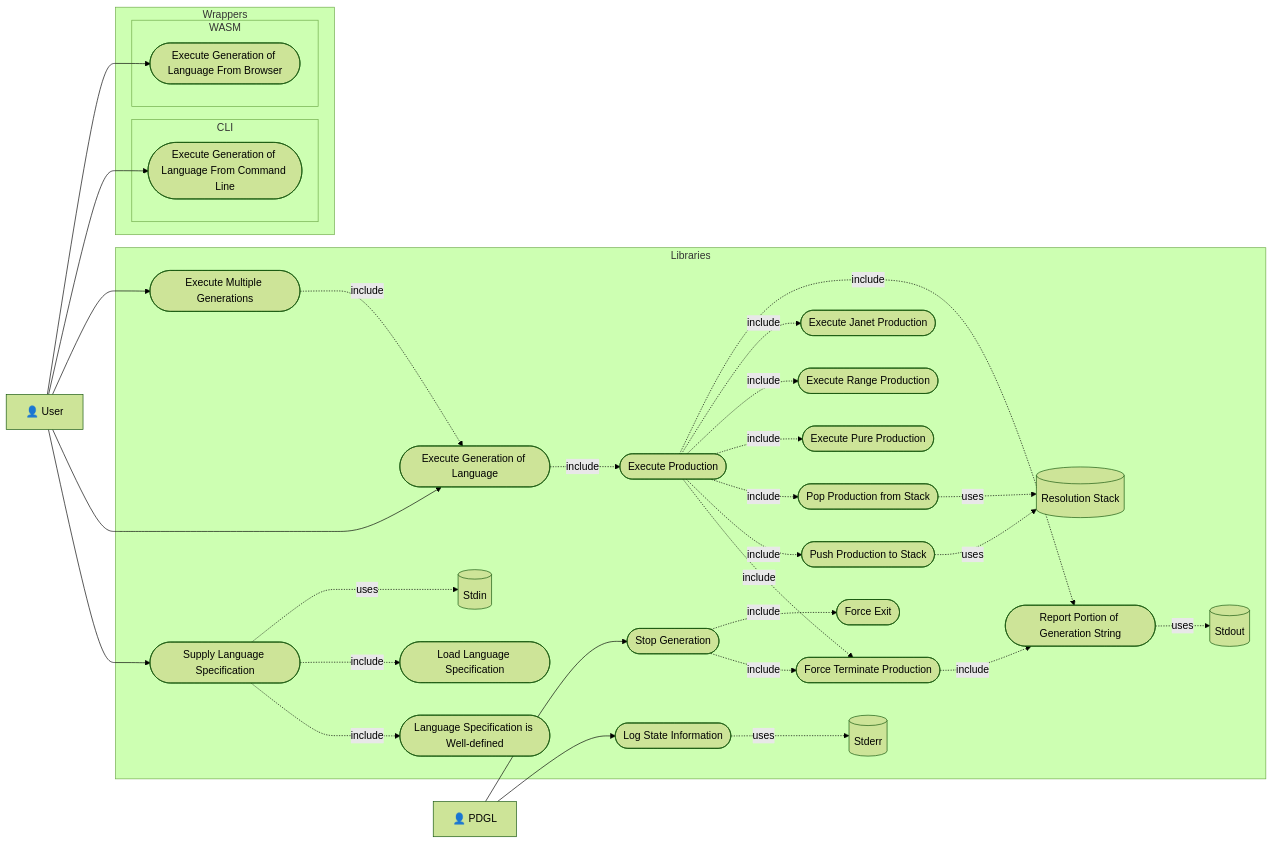
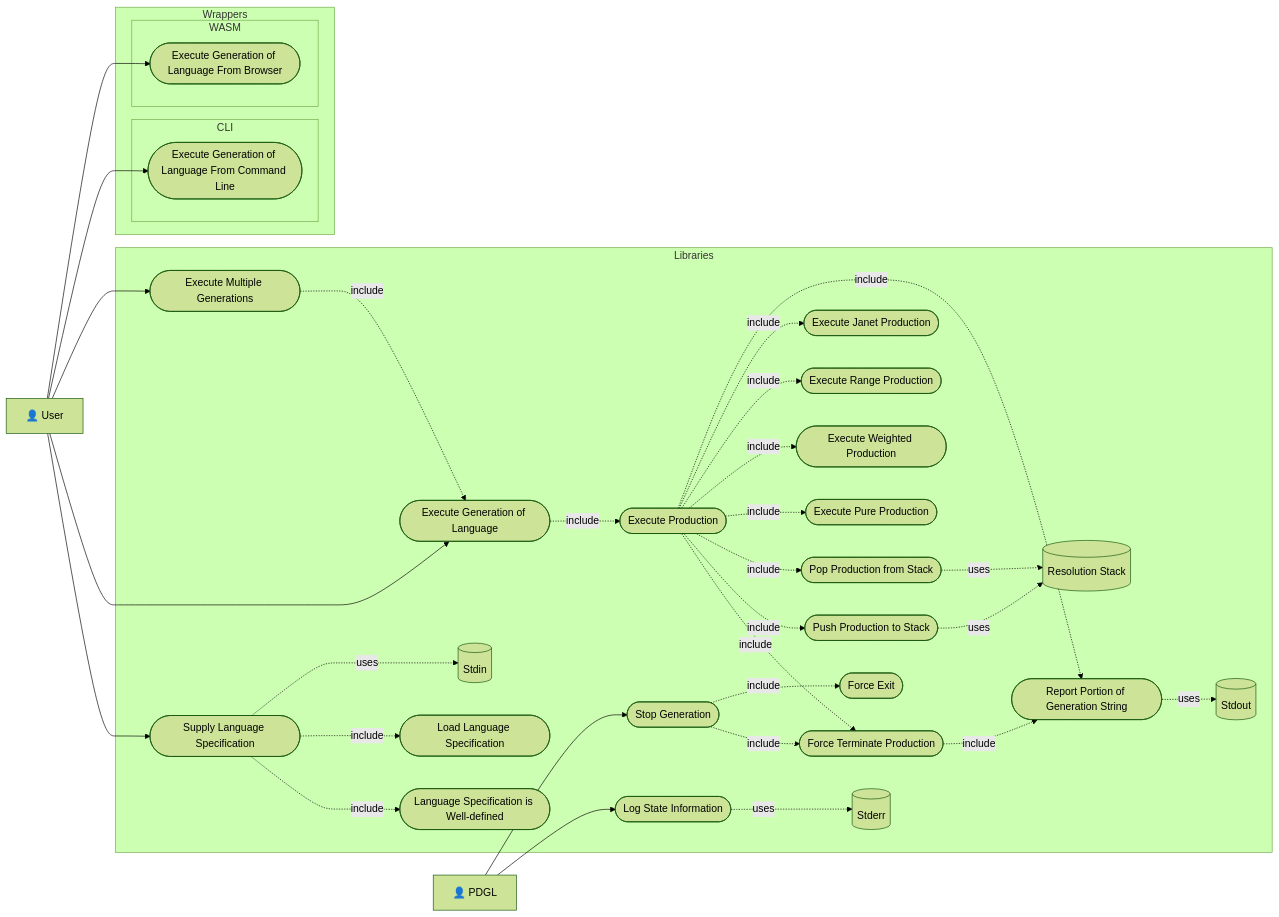
One commit to Joecstarr/pdgl changed the diagram in docs/README.md. Above: the diagram before and after it, drawn with Mermaid (forest theme). The commit also changed other lines of this file and 139 other files, not shown here.

First line of the commit message:
16 add weighted production (#25)

````diff
--- a/docs/README.md
+++ b/docs/README.md
@@ -190,71 +190,73 @@
 ```mermaid
 flowchart LR
 
     aU["👤 User"]
     aS["👤 PDGL"]
 
 subgraph wrap [Wrappers]
 subgraph cli [CLI]
     egolfcl(["Execute Generation of Language From Command Line"])
 end
 subgraph wasm [WASM]
     egolfb(["Execute Generation of Language From Browser"])
 end
 end
 
 subgraph lib [Libraries]
     SLS(["Supply Language Specification"])
     LL(["Load Language Specification"])
     LSWD(["Language Specification is Well-defined"])
     LSI(["Log State Information"])
 
     EGL(["Execute Generation of Language"])
     EMG(["Execute Multiple Generations"])
     RPGS(["Report Portion of Generation String"])
     EP(["Execute Production"])
     PPtS(["Push Production to Stack"])
     PPfS(["Pop Production from Stack"])
     EPP(["Execute Pure Production"])
+    EWP(["Execute Weighted Production"])
     EJP(["Execute Janet Production"])
     ERP(["Execute Range Production"])
     FTP(["Force Terminate Production"])
     EX(["Force Exit"])
     SG(["Stop Generation"])
     scr[("Stdout")]
     sti[("Stdin")]
     err[("Stderr")]
     sta[("Resolution Stack")]
 
 
     SG -. include .-> FTP
     SG -. include .-> EX 
     SLS -. include .-> LSWD
-    
+
     SLS -. include .-> LL
-    
+
     EMG -. include .-> EGL
     EGL -. include .-> EP
-    
+
     EP -. include .-> FTP
     FTP -. include .-> RPGS
     EP -. include .-> PPtS
     EP -. include .-> PPfS
     EP -. include .-> EPP
+    EP -. include .-> EWP
     EP -. include .-> ERP
     EP -. include .-> EJP
     EP -. include .-> RPGS
-   
+
     SLS -. uses .-> sti
     LSI -. uses .-> err 
     RPGS -. uses .-> scr
     PPtS -. uses .-> sta
     PPfS -. uses .-> sta
 end
     aS --> LSI 
     aS --> SG 
     aU --> SLS
     aU --> EGL 
     aU --> EMG
     aU --> egolfcl 
     aU --> egolfb 
 ```
````
